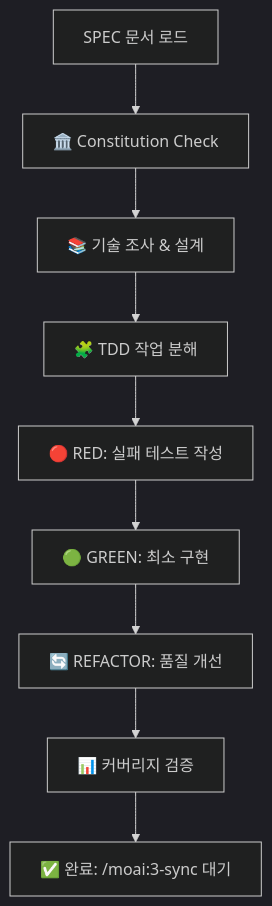
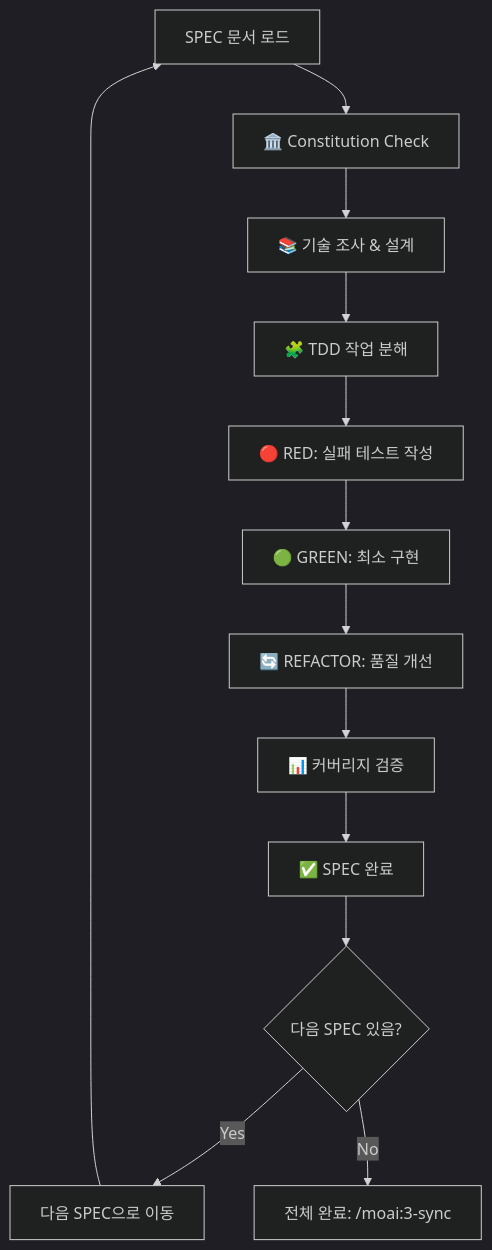
Before and after one commit to modu-ai/moai-adk: the diagram in .claude/commands/moai/2-build.md, drawn with Mermaid (dark theme). The commit also changed other lines of this file and 10 other files, not shown here.

First line of the commit message:
🎯 MoAI-ADK Git 워크플로우 개선: 통합 브랜치 전략

````diff
--- a/.claude/commands/moai/2-build.md
+++ b/.claude/commands/moai/2-build.md
@@ -65,11 +65,15 @@
 ```mermaid
 flowchart TD
     A[SPEC 문서 로드] --> B[🏛️ Constitution Check]
     B --> C[📚 기술 조사 & 설계]
     C --> D[🧩 TDD 작업 분해]
     D --> E[🔴 RED: 실패 테스트 작성]
     E --> F[🟢 GREEN: 최소 구현]
     F --> G[🔄 REFACTOR: 품질 개선]
     G --> H[📊 커버리지 검증]
-    H --> I[✅ 완료: /moai:3-sync 대기]
+    H --> I[✅ SPEC 완료]
+    I --> J{다음 SPEC 있음?}
+    J -->|Yes| K[다음 SPEC으로 이동]
+    J -->|No| L[전체 완료: /moai:3-sync]
+    K --> A
 ```
````
